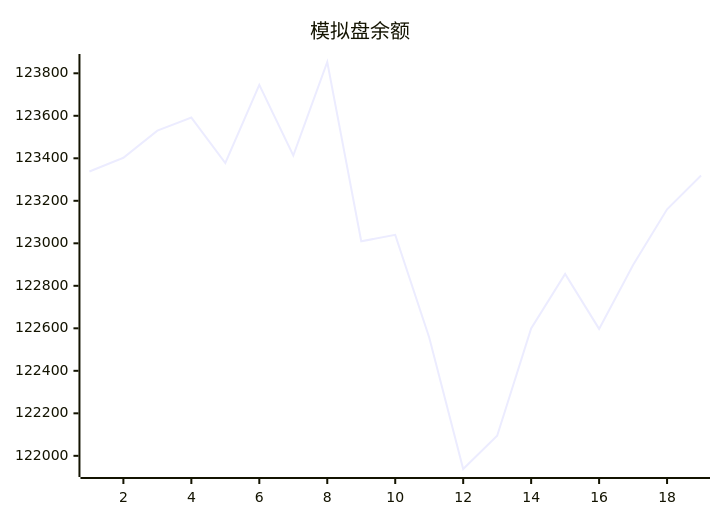
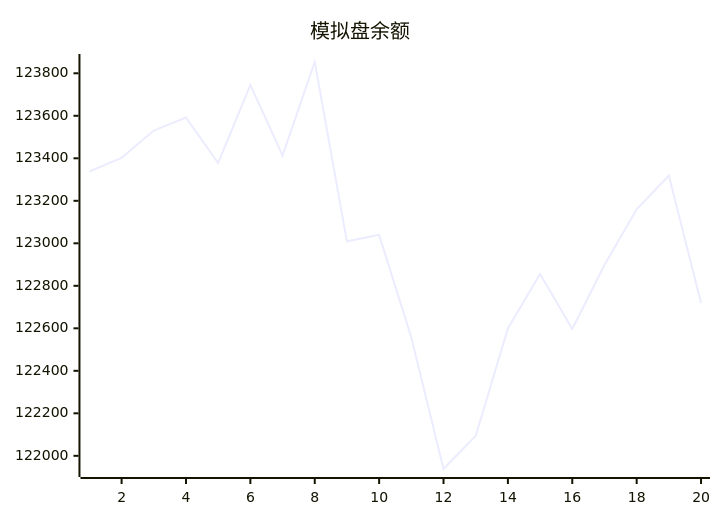
Before and after one commit to aahl/mcp-aktools: the diagram in trading/README.md, drawn with Mermaid. The commit also changed 1 other file, not shown here.

Commit message:
📈 AkTools MCP Server

````diff
--- a/trading/README.md
+++ b/trading/README.md
@@ -3,5 +3,5 @@
 ```mermaid
 xychart
     title "模拟盘余额"
-    line [123337.9,123402.4,123530.3,123591.6,123377.9,123745.3,123413.3,123853.1,123009.4,123039.8,122557.0,121938.0,122094.6,122599.0,122856.1,122597.3,122898.1,123160.2,123318.8]
+    line [123337.9,123402.4,123530.3,123591.6,123377.9,123745.3,123413.3,123853.1,123009.4,123039.8,122557.0,121938.0,122094.6,122599.0,122856.1,122597.3,122898.1,123160.2,123318.8,122719.1]
 ```
````
